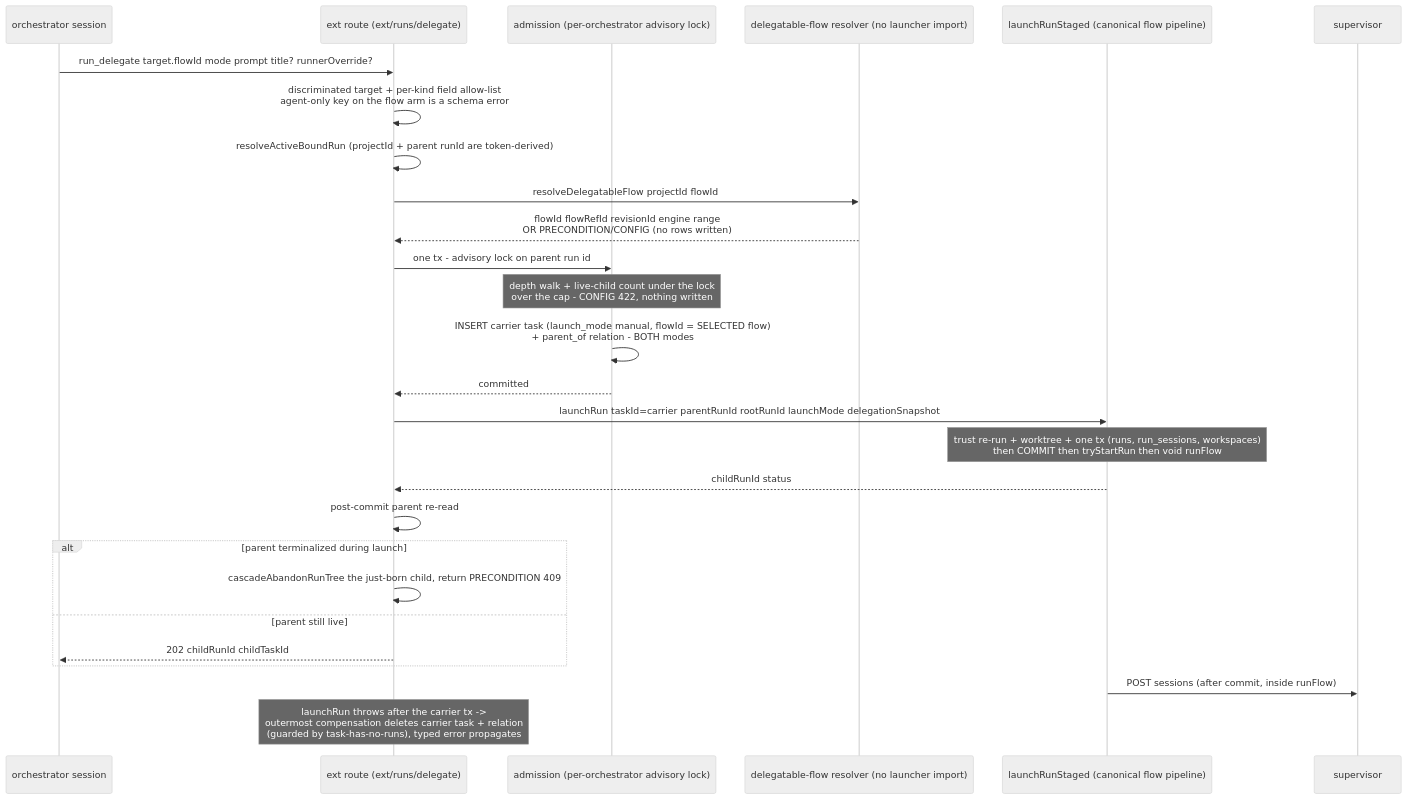
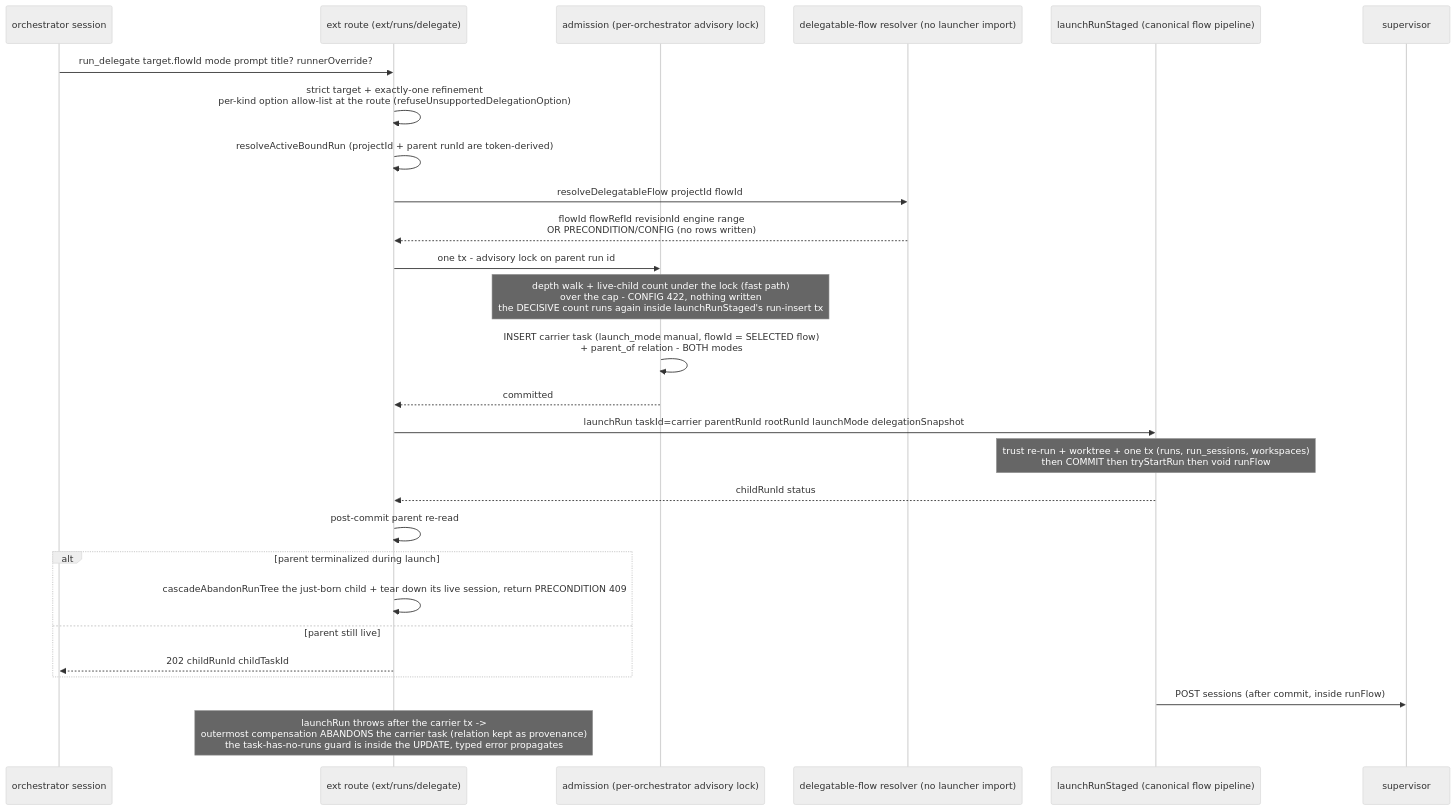
Before and after one commit to maister-dev/maister: the ninth of 9 diagrams in docs/system-analytics/orchestrator.md, drawn with Mermaid (neutral theme). The commit also changed other lines of this file and 17 other files, not shown here.

````diff
--- a/docs/system-analytics/orchestrator.md
+++ b/docs/system-analytics/orchestrator.md
@@ -308,29 +319,29 @@
 ```mermaid
 sequenceDiagram
     participant O as orchestrator session
     participant X as ext route (ext/runs/delegate)
     participant A as admission (per-orchestrator advisory lock)
     participant F as delegatable-flow resolver (no launcher import)
     participant L as launchRunStaged (canonical flow pipeline)
     participant S as supervisor
     O->>X: run_delegate target.flowId mode prompt title? runnerOverride?
-    X->>X: discriminated target + per-kind field allow-list<br/>agent-only key on the flow arm is a schema error
+    X->>X: strict target + exactly-one refinement<br/>per-kind option allow-list at the route (refuseUnsupportedDelegationOption)
     X->>X: resolveActiveBoundRun (projectId + parent runId are token-derived)
     X->>F: resolveDelegatableFlow projectId flowId
     F-->>X: flowId flowRefId revisionId engine range<br/>OR PRECONDITION/CONFIG (no rows written)
     X->>A: one tx - advisory lock on parent run id
-    Note over A: depth walk + live-child count under the lock<br/>over the cap - CONFIG 422, nothing written
+    Note over A: depth walk + live-child count under the lock (fast path)<br/>over the cap - CONFIG 422, nothing written<br/>the DECISIVE count runs again inside launchRunStaged's run-insert tx
     A->>A: INSERT carrier task (launch_mode manual, flowId = SELECTED flow)<br/>+ parent_of relation - BOTH modes
     A-->>X: committed
     X->>L: launchRun taskId=carrier parentRunId rootRunId launchMode delegationSnapshot
     Note over L: trust re-run + worktree + one tx (runs, run_sessions, workspaces)<br/>then COMMIT then tryStartRun then void runFlow
     L-->>X: childRunId status
     X->>X: post-commit parent re-read
     alt parent terminalized during launch
-        X->>X: cascadeAbandonRunTree the just-born child, return PRECONDITION 409
+        X->>X: cascadeAbandonRunTree the just-born child + tear down its live session, return PRECONDITION 409
     else parent still live
         X-->>O: 202 childRunId childTaskId
     end
     L->>S: POST sessions (after commit, inside runFlow)
-    Note over X: launchRun throws after the carrier tx -><br/>outermost compensation deletes carrier task + relation<br/>(guarded by task-has-no-runs), typed error propagates
+    Note over X: launchRun throws after the carrier tx -><br/>outermost compensation ABANDONS the carrier task (relation kept as provenance)<br/>the task-has-no-runs guard is inside the UPDATE, typed error propagates
 ```
````
